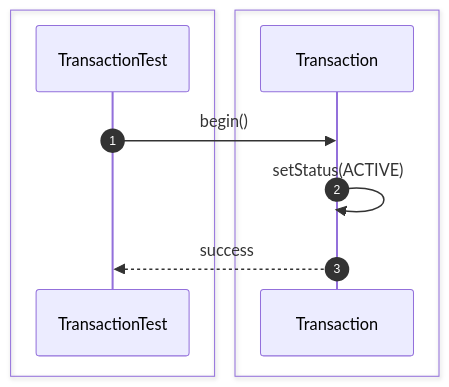
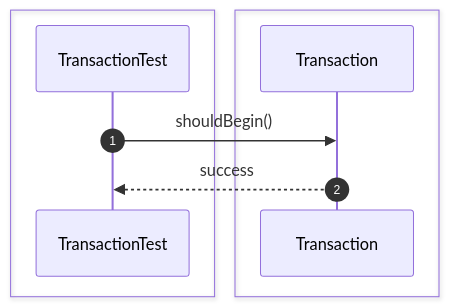
One commit to Huy1801214/dbms-architecture changed diagram 13 of 54 in src/sequence/transaction.md. Above: the diagram before and after it, drawn with Mermaid. The commit also changed other lines of this file and 68 other files, not shown here.

Commit message:
implement comprehensive unit test suite and architectural sequence documentation

````diff
--- a/src/sequence/transaction.md
+++ b/src/sequence/transaction.md
@@ -220,15 +188,13 @@
 ```mermaid
 sequenceDiagram
     autonumber
-
     box #e1f5fe Test Suite
     participant Test as TransactionTest
     end
-    box #ffebee Transaction Components
-    participant Tx as Transaction
+    box #ffebee Transaction Component
+    participant T as Transaction
     end
 
-    Test->>Tx: begin()
-    Tx->>Tx: setStatus(ACTIVE)
-    Tx-->>Test: success
+    Test->>T: shouldBegin()
+    T-->>Test: success
 ```
````
